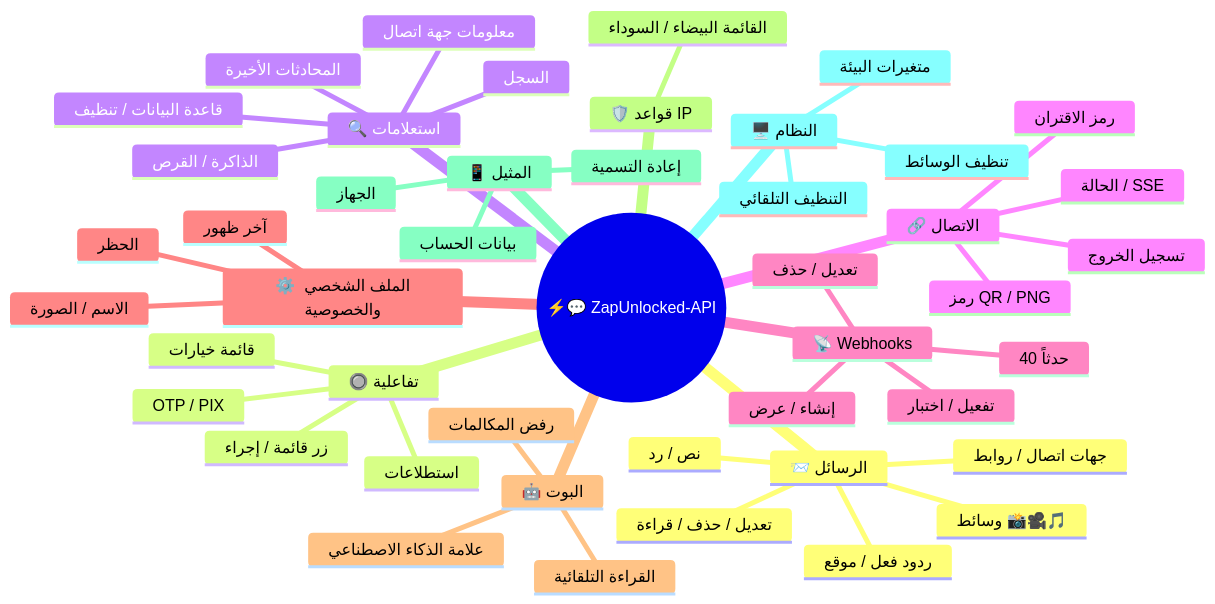
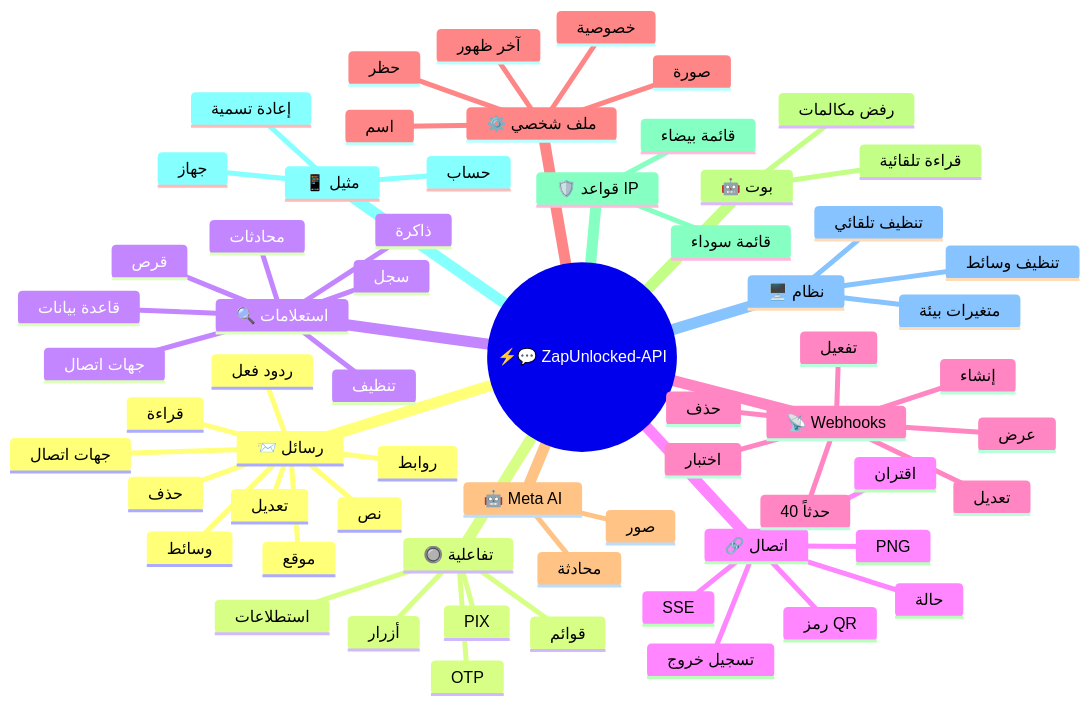
Before and after one commit to kauafpssx/ZapUnlocked-API: the first of 2 diagrams in docs/translations/ar.md, drawn with Mermaid. The commit also changed other lines of this file and 12 other files, not shown here.

````diff
--- a/docs/translations/ar.md
+++ b/docs/translations/ar.md
@@ -55,49 +56,75 @@
 ```mermaid
 mindmap
   root((⚡💬 ZapUnlocked-API))
-    📨 الرسائل
-      نص / رد
-      وسائط 📸🎥🎵
-      ردود فعل / موقع
-      جهات اتصال / روابط
-      تعديل / حذف / قراءة
+    📨 رسائل
+      نص
+      وسائط
+      ردود فعل
+      موقع
+      جهات اتصال
+      روابط
+      تعديل
+      حذف
+      قراءة
+
     🔘 تفاعلية
-      زر قائمة / إجراء
-      OTP / PIX
-      قائمة خيارات
+      أزرار
+      قوائم
+      OTP
+      PIX
       استطلاعات
+
     🔍 استعلامات
-      معلومات جهة اتصال
-      السجل
-      المحادثات الأخيرة
-      الذاكرة / القرص
-      قاعدة البيانات / تنظيف
-    🔗 الاتصال
-      الحالة / SSE
-      رمز QR / PNG
-      رمز الاقتران
-      تسجيل الخروج
+      جهات اتصال
+      سجل
+      محادثات
+      ذاكرة
+      قرص
+      قاعدة بيانات
+      تنظيف
+
+    🔗 اتصال
+      حالة
+      SSE
+      رمز QR
+      PNG
+      اقتران
+      تسجيل خروج
+
     📡 Webhooks
-       إنشاء / عرض
-       تعديل / حذف
-       تفعيل / اختبار
-       40 حدثاً
-    ⚙️ الملف الشخصي والخصوصية
-      الاسم / الصورة
+      إنشاء
+      عرض
+      تعديل
+      حذف
+      تفعيل
+      اختبار
+      40 حدثاً
+
+    ⚙️ ملف شخصي
+      اسم
+      صورة
+      خصوصية
       آخر ظهور
-      الحظر
-    🤖 البوت
-      علامة الذكاء الاصطناعي
-      رفض المكالمات
-      القراءة التلقائية
+      حظر
+
+    🤖 Meta AI
+      محادثة
+      صور
+    🤖 بوت
+      قراءة تلقائية
+      رفض مكالمات
+
     🛡️ قواعد IP
-      القائمة البيضاء / السوداء
-    📱 المثيل
-      بيانات الحساب
-      الجهاز
-      إعادة التسمية
-    🖥️ النظام
-      متغيرات البيئة
-      تنظيف الوسائط
-      التنظيف التلقائي
+      قائمة بيضاء
+      قائمة سوداء
+
+    📱 مثيل
+      حساب
+      جهاز
+      إعادة تسمية
+
+    🖥️ نظام
+      متغيرات بيئة
+      تنظيف وسائط
+      تنظيف تلقائي
 ```
````
